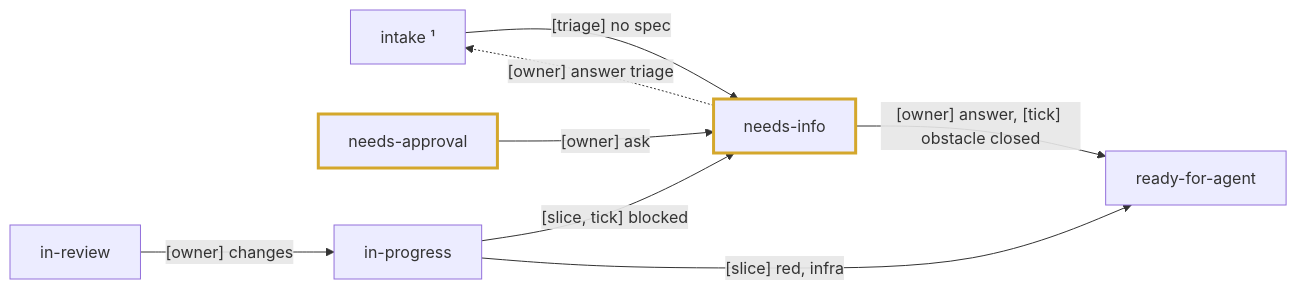
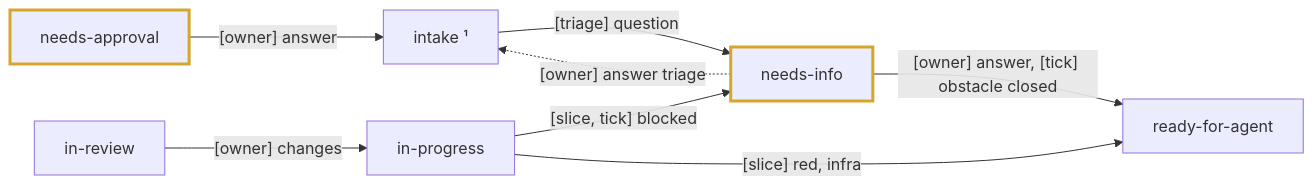
The fifth of 5 diagrams in docs/agents/factory.md (dvalnn/maestro), drawn with Mermaid before and after one commit. The commit also changed other lines of this file and 13 other files, not shown here.

````diff
--- a/docs/agents/factory.md
+++ b/docs/agents/factory.md
@@ -174,13 +178,13 @@
 ```mermaid
 flowchart LR
-    IN["intake ¹"] -->|"[triage] no spec"| NI["needs-info"]
-    NA["needs-approval"] -->|"[owner] ask"| NI
+    IN["intake ¹"] -->|"[triage] question"| NI["needs-info"]
+    NA["needs-approval"] -->|"[owner] answer"| IN
     IP["in-progress"] -->|"[slice, tick] blocked"| NI
     NI -->|"[owner] answer, [tick] obstacle closed"| RA["ready-for-agent"]
     NI -.->|"[owner] answer triage"| IN
     IP -->|"[slice] red, infra"| RA
     IR["in-review"] -->|"[owner] changes"| IP
 
     classDef owner stroke:#d4a72c,stroke-width:3px
     class NA,NI owner
 ```
````
